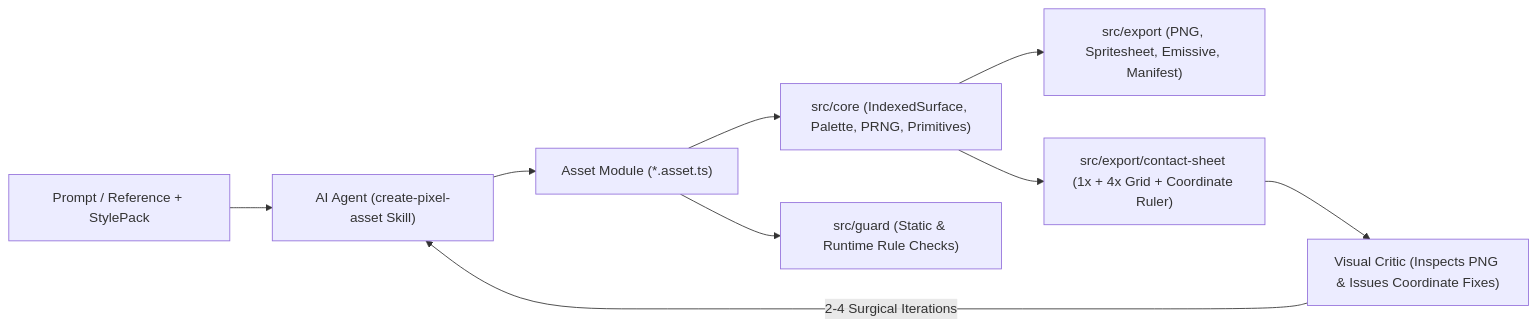
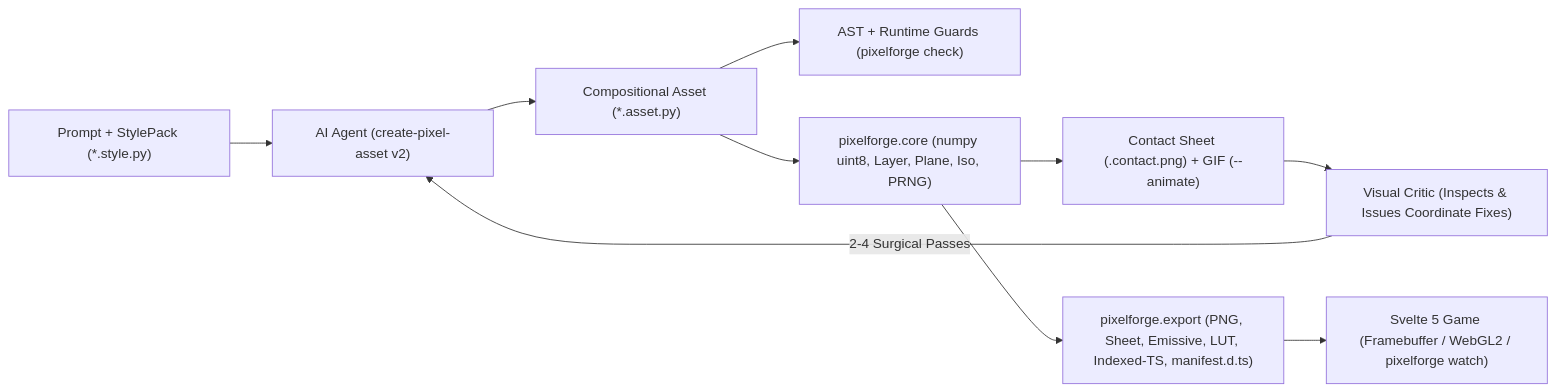
One commit to ye-sandbox/pixelforge changed the diagram in README.md. Above: the diagram before and after it, drawn with Mermaid. The commit also changed other lines of this file and 2 other files, not shown here.

Commit message:
docs(skill): rewrite create-pixel-asset v2 and sync READMEs

````diff
--- a/README.md
+++ b/README.md
@@ -26,11 +28,12 @@
 ```mermaid
 flowchart LR
-    Spec["Prompt / Reference + StylePack"] --> Agent["AI Agent (create-pixel-asset Skill)"]
-    Agent --> Asset["Asset Module (*.asset.ts)"]
-    Asset --> Core["src/core (IndexedSurface, Palette, PRNG, Primitives)"]
-    Asset --> Guard["src/guard (Static & Runtime Rule Checks)"]
-    Core --> Export["src/export (PNG, Spritesheet, Emissive, Manifest)"]
-    Core --> Sheet["src/export/contact-sheet (1x + 4x Grid + Coordinate Ruler)"]
-    Sheet --> Critic["Visual Critic (Inspects PNG & Issues Coordinate Fixes)"]
-    Critic -->|"2-4 Surgical Iterations"| Agent
+    Spec["Prompt + StylePack (*.style.py)"] --> Agent["AI Agent (create-pixel-asset v2)"]
+    Agent --> Asset["Compositional Asset (*.asset.py)"]
+    Asset --> Guard["AST + Runtime Guards (pixelforge check)"]
+    Asset --> Core["pixelforge.core (numpy uint8, Layer, Plane, Iso, PRNG)"]
+    Core --> Sheet["Contact Sheet (.contact.png) + GIF (--animate)"]
+    Sheet --> Critic["Visual Critic (Inspects & Issues Coordinate Fixes)"]
+    Critic -->|"2-4 Surgical Passes"| Agent
+    Core --> Export["pixelforge.export (PNG, Sheet, Emissive, LUT, Indexed-TS, manifest.d.ts)"]
+    Export --> Svelte["Svelte 5 Game (Framebuffer / WebGL2 / pixelforge watch)"]
 ```
````
